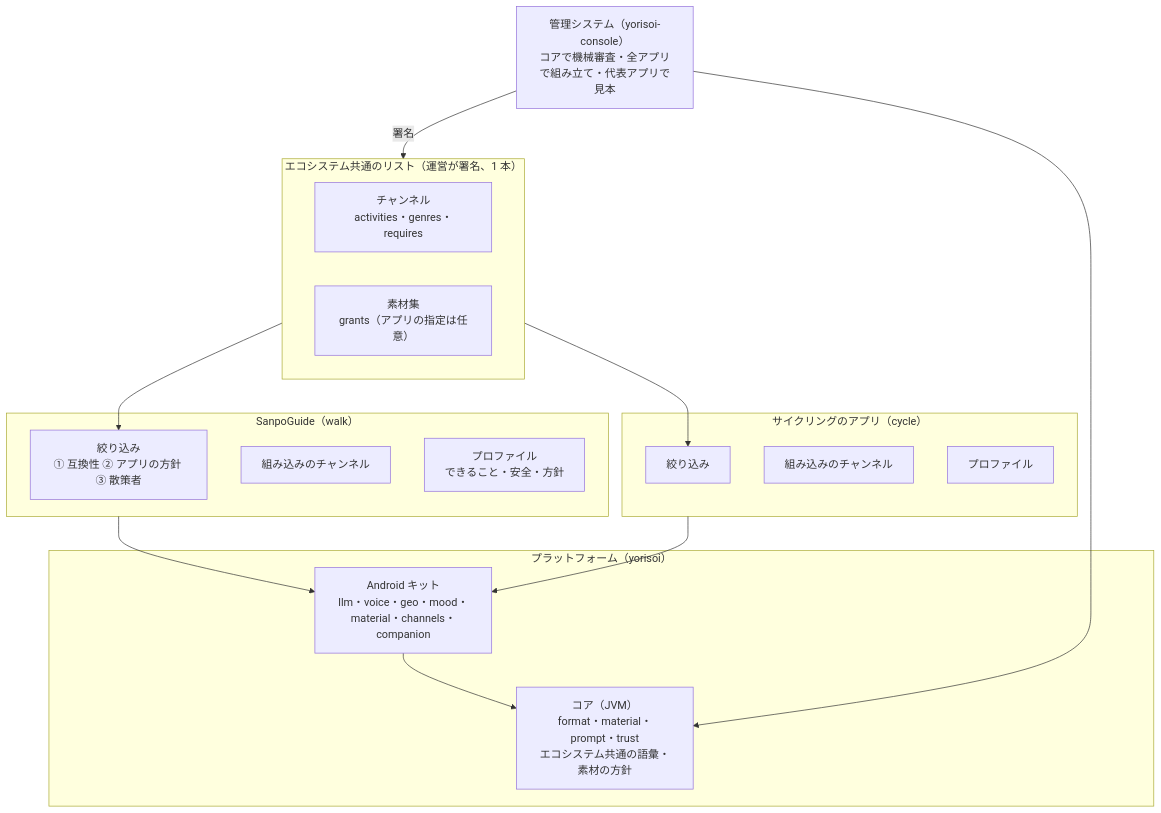
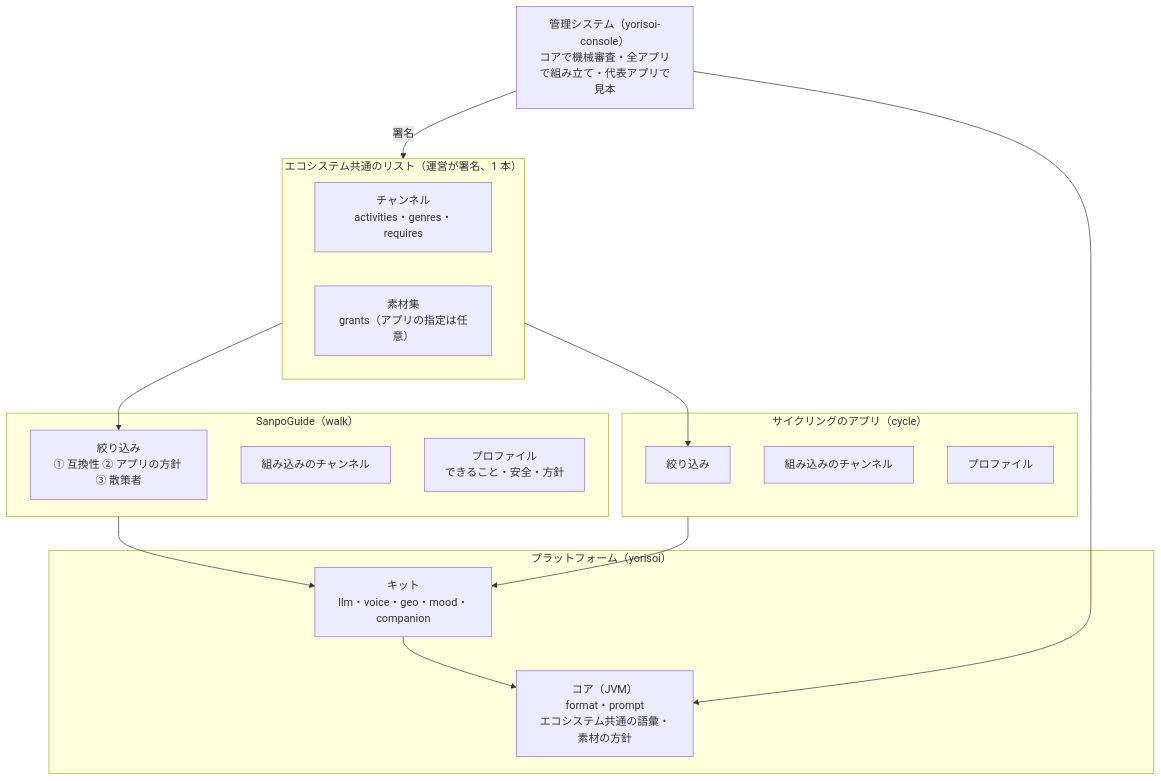
Before and after one commit to duwenji/yorisoi-platform: the diagram in docs/adr/ADR-003-companion-app-platform.md, drawn with Mermaid. The commit also changed other lines of this file and 40 other files, not shown here.

````diff
--- a/docs/adr/ADR-003-companion-app-platform.md
+++ b/docs/adr/ADR-003-companion-app-platform.md
@@ -129,25 +116,25 @@
 ```mermaid
 flowchart TB
     subgraph POOL["エコシステム共通のリスト（運営が署名、1 本）"]
         CH["チャンネル<br/>activities・genres・requires"]
         COL["素材集<br/>grants（アプリの指定は任意）"]
     end
     subgraph A1["SanpoGuide（walk）"]
         F1["絞り込み<br/>① 互換性 ② アプリの方針 ③ 散策者"]
         B1["組み込みのチャンネル"]
         P1["プロファイル<br/>できること・安全・方針"]
     end
     subgraph A2["サイクリングのアプリ（cycle）"]
         F2["絞り込み"]
         B2["組み込みのチャンネル"]
         P2["プロファイル"]
     end
     POOL --> F1 & F2
     subgraph PF["プラットフォーム（yorisoi）"]
-        K["Android キット<br/>llm・voice・geo・mood・material・channels・companion"]
-        C["コア（JVM）<br/>format・material・prompt・trust<br/>エコシステム共通の語彙・素材の方針"]
+        K["キット<br/>llm・voice・geo・mood・companion"]
+        C["コア（JVM）<br/>format・prompt<br/>エコシステム共通の語彙・素材の方針"]
     end
     A1 & A2 --> K --> C
     OPS["管理システム（yorisoi-console）<br/>コアで機械審査・全アプリで組み立て・代表アプリで見本"] -- "署名" --> POOL
     OPS --> C
 ```
````
